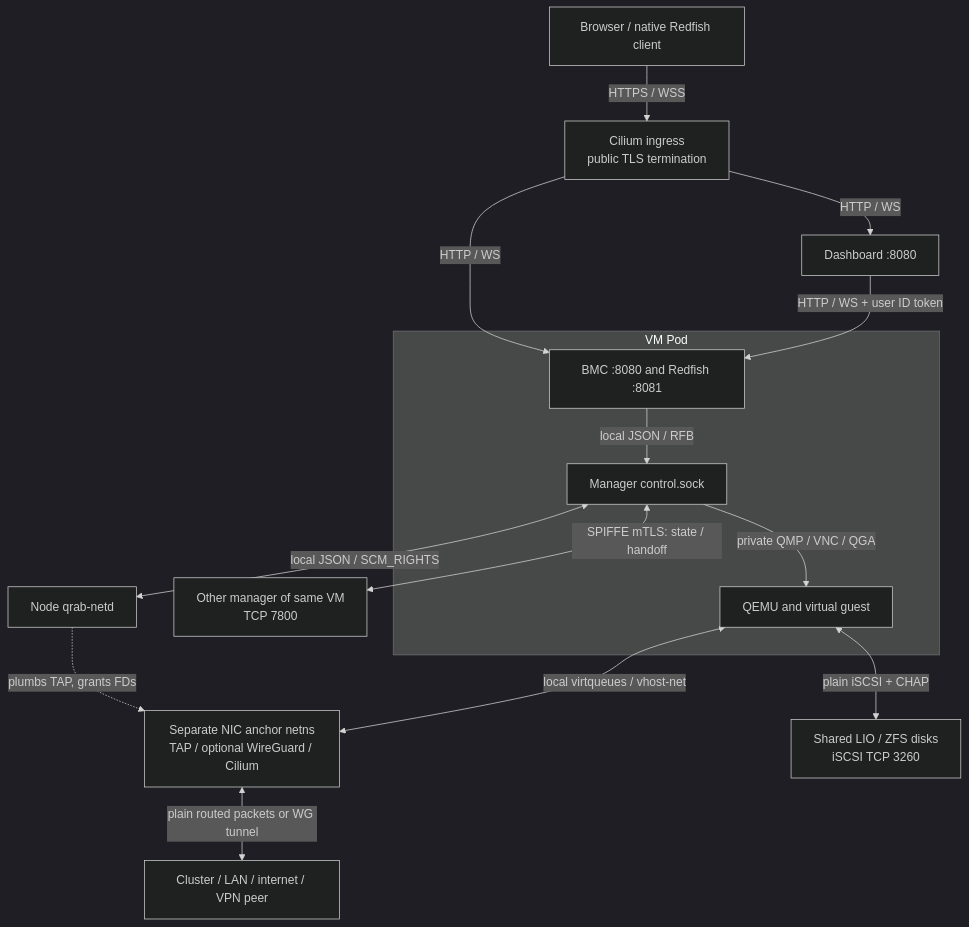
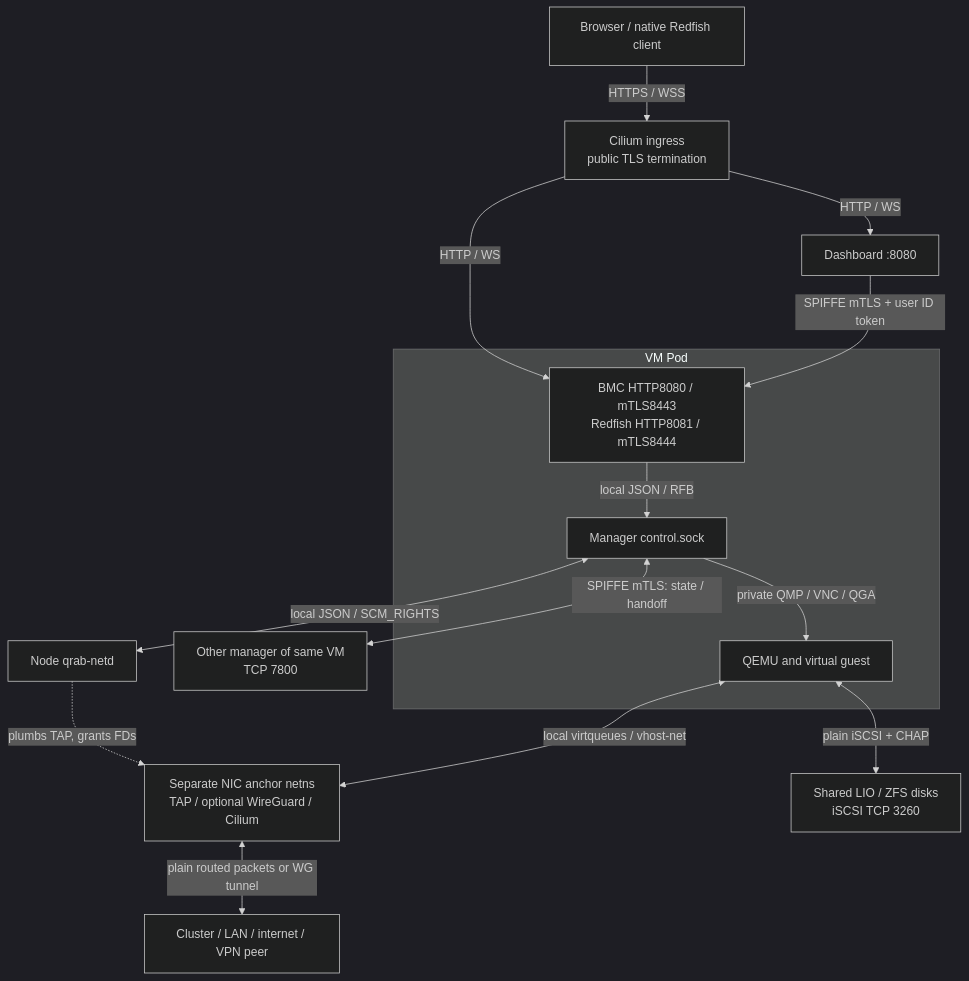
The diagram in docs/connections.md (SamYaple/qrab), drawn with Mermaid (dark theme) before and after one commit. The commit also changed other lines of this file and 35 other files, not shown here.

Commit message:
Encrypt dashboard and BMC management paths with container-scoped SPIFFE mTLS (work/dashboard-bmc-mtls)

````diff
--- a/docs/connections.md
+++ b/docs/connections.md
@@ -63,28 +66,28 @@
 ```mermaid
 flowchart TB
     browser["Browser / native Redfish client"]
     edge["Cilium ingress<br/>public TLS termination"]
     dash["Dashboard :8080"]
     other["Other manager of same VM<br/>TCP 7800"]
     netd["Node qrab-netd"]
     anchor["Separate NIC anchor netns<br/>TAP / optional WireGuard / Cilium"]
     world["Cluster / LAN / internet / VPN peer"]
     disks["Shared LIO / ZFS disks<br/>iSCSI TCP 3260"]
     subgraph vm ["VM Pod"]
-        mgmt["BMC :8080 and Redfish :8081"]
+        mgmt["BMC HTTP8080 / mTLS8443<br/>Redfish HTTP8081 / mTLS8444"]
         manager["Manager control.sock"]
         qemu["QEMU and virtual guest"]
     end
     browser -->|"HTTPS / WSS"| edge
     edge -->|"HTTP / WS"| dash
     edge -->|"HTTP / WS"| mgmt
-    dash -->|"HTTP / WS + user ID token"| mgmt
+    dash -->|"SPIFFE mTLS + user ID token"| mgmt
     mgmt -->|"local JSON / RFB"| manager
     manager -->|"private QMP / VNC / QGA"| qemu
     manager <-->|"SPIFFE mTLS: state / handoff"| other
     manager <-->|"local JSON / SCM_RIGHTS"| netd
     netd -.->|"plumbs TAP, grants FDs"| anchor
     qemu <-->|"local virtqueues / vhost-net"| anchor
     qemu <-->|"plain iSCSI + CHAP"| disks
     anchor <-->|"plain routed packets or WG tunnel"| world
 ```
````
